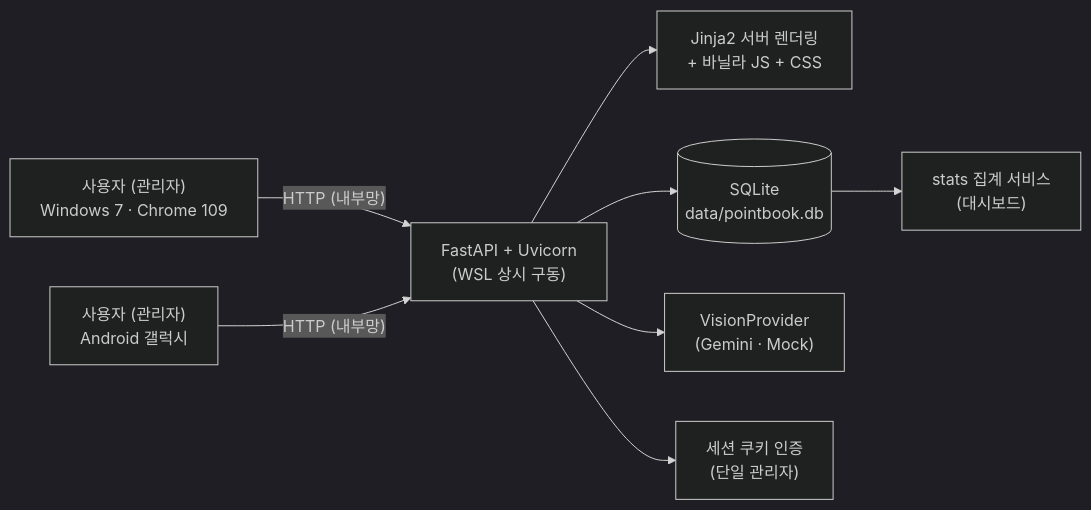
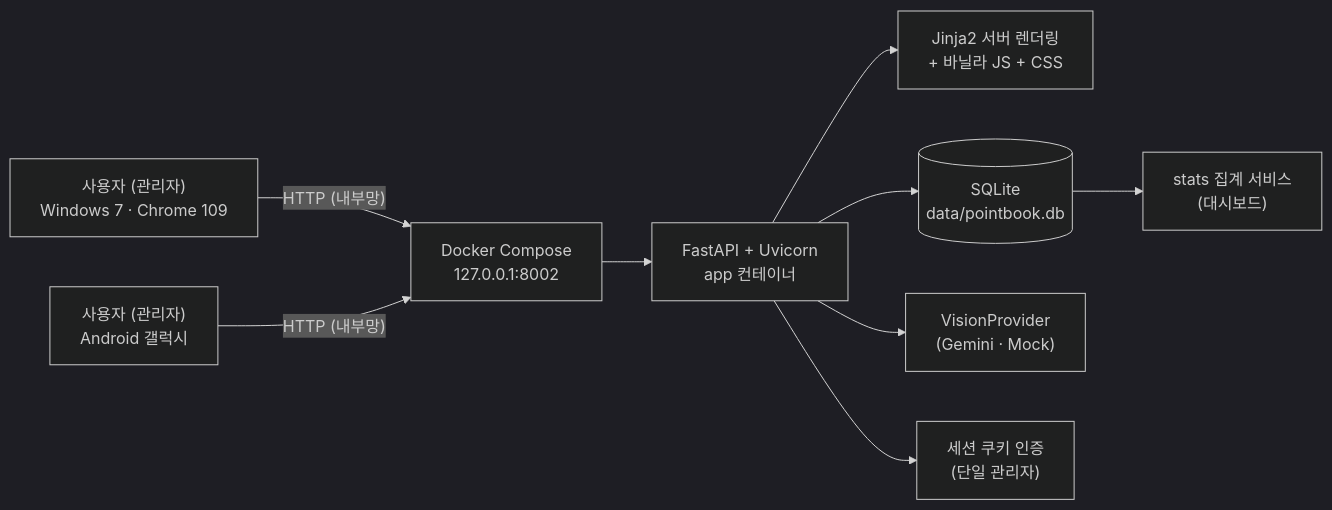
One commit to jihoon22-lee/PointBook changed the first of 9 diagrams in docs/architecture.md. Above: the diagram before and after it, drawn with Mermaid (dark theme). The commit also changed other lines of this file and 6 other files, not shown here.

````diff
--- a/docs/architecture.md
+++ b/docs/architecture.md
@@ -8,13 +8,14 @@
 ```mermaid
 flowchart LR
     U1["사용자 (관리자)<br/>Windows 7 · Chrome 109"]
     U2["사용자 (관리자)<br/>Android 갤럭시"]
-    U1 -->|"HTTP (내부망)"| S
-    U2 -->|"HTTP (내부망)"| S
-    S["FastAPI + Uvicorn<br/>(WSL 상시 구동)"]
+    U1 -->|"HTTP (내부망)"| D
+    U2 -->|"HTTP (내부망)"| D
+    D["Docker Compose<br/>127.0.0.1:8002"] --> S
+    S["FastAPI + Uvicorn<br/>app 컨테이너"]
     S --> T["Jinja2 서버 렌더링<br/>+ 바닐라 JS + CSS"]
     S --> DB[("SQLite<br/>data/pointbook.db")]
     S --> AI["VisionProvider<br/>(Gemini · Mock)"]
     S --> AUTH["세션 쿠키 인증<br/>(단일 관리자)"]
     DB --> STATS["stats 집계 서비스<br/>(대시보드)"]
 ```
````
